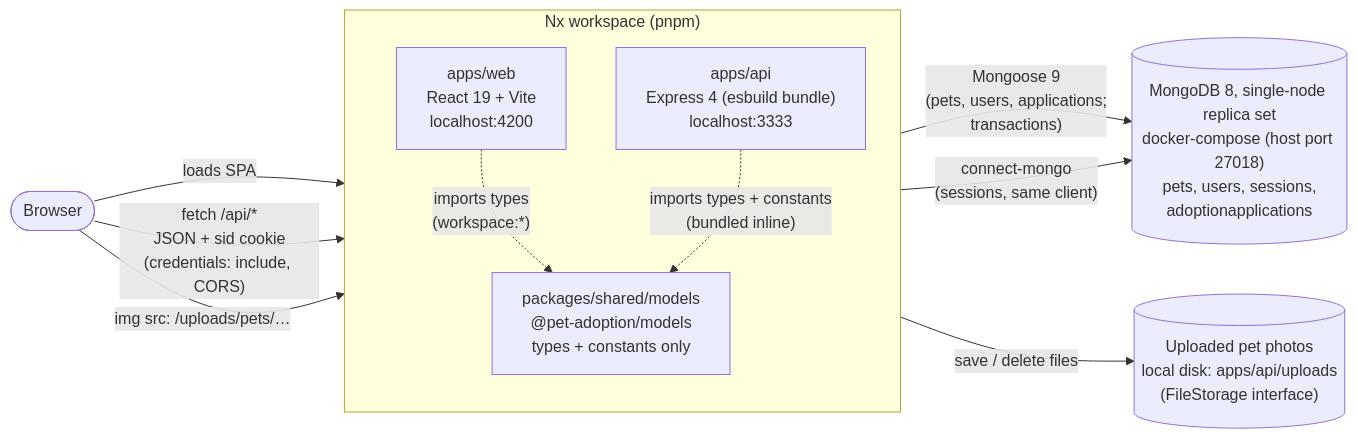
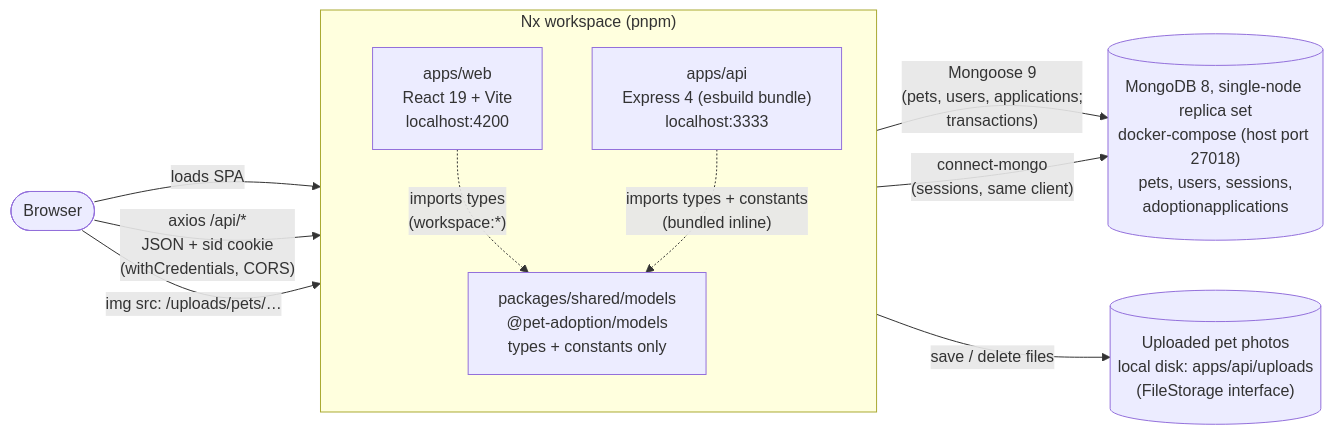
Before and after one commit to BojanSovtic/pet-adoption-system: the first of 9 diagrams in docs/architecture.md, drawn with Mermaid. The commit also changed other lines of this file and 19 other files, not shown here.

First line of the commit message:
refactor: replace fetch wrapper with axios client and interceptor

````diff
--- a/docs/architecture.md
+++ b/docs/architecture.md
@@ -9,22 +9,22 @@
 ```mermaid
 flowchart LR
   subgraph nx["Nx workspace (pnpm)"]
     direction TB
     web["apps/web<br/>React 19 + Vite<br/>localhost:4200"]
     api["apps/api<br/>Express 4 (esbuild bundle)<br/>localhost:3333"]
     models["packages/shared/models<br/>@pet-adoption/models<br/>types + constants only"]
   end
 
   browser(["Browser"])
   mongo[("MongoDB 8, single-node replica set<br/>docker-compose (host port 27018)<br/>pets, users, sessions,<br/>adoptionapplications")]
 
   browser -- "loads SPA" --> web
-  browser -- "fetch /api/*<br/>JSON + sid cookie<br/>(credentials: include, CORS)" --> api
+  browser -- "axios /api/*<br/>JSON + sid cookie<br/>(withCredentials, CORS)" --> api
   web -. "imports types<br/>(workspace:*)" .-> models
   api -. "imports types + constants<br/>(bundled inline)" .-> models
   api -- "Mongoose 9<br/>(pets, users, applications;<br/>transactions)" --> mongo
   api -- "connect-mongo<br/>(sessions, same client)" --> mongo
   uploads[("Uploaded pet photos<br/>local disk: apps/api/uploads<br/>(FileStorage interface)")]
   api -- "save / delete files" --> uploads
   browser -- "img src: /uploads/pets/…" --> api
 ```
````
